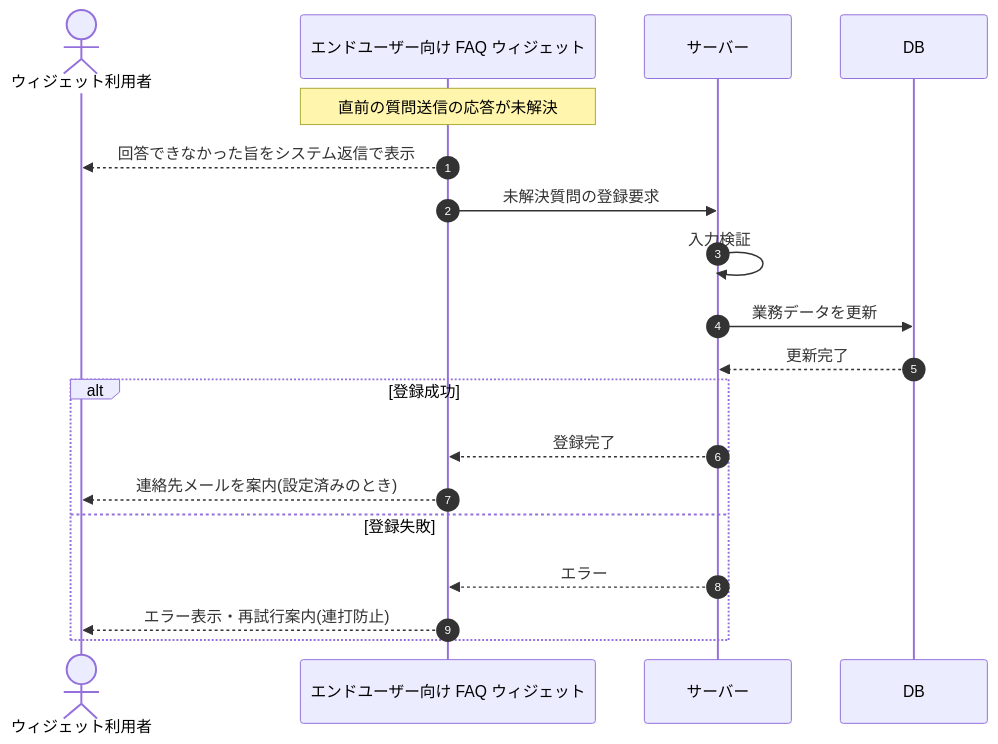
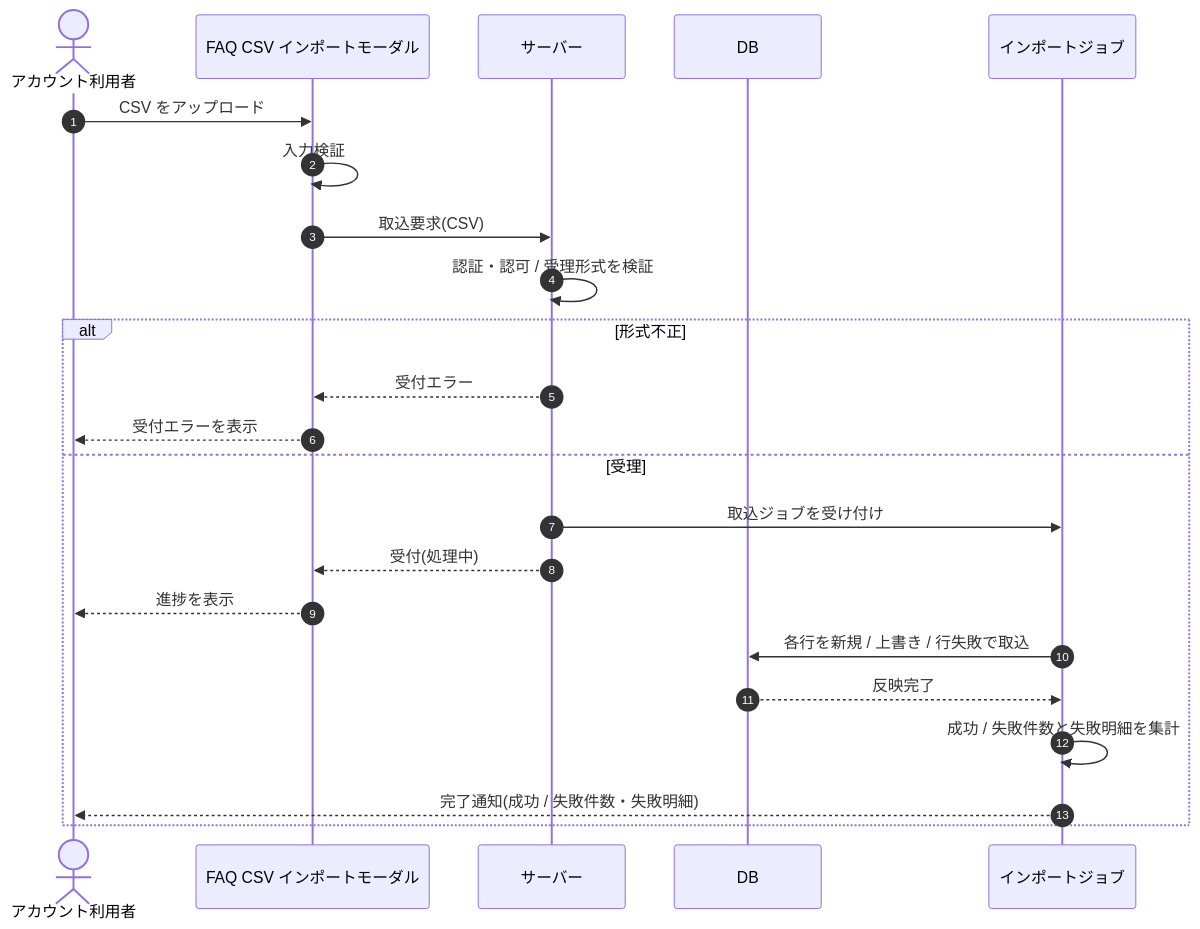
The diagram in 02_basic_design/03_sequences/SEQ-087.md (sikakou54/open-faq), drawn with Mermaid before and after one commit. The commit also changed other lines of this file and 99 other files, not shown here.

````diff
--- a/02_basic_design/03_sequences/SEQ-087.md
+++ b/02_basic_design/03_sequences/SEQ-087.md
@@ -25,21 +25,25 @@
 ```mermaid
 sequenceDiagram
   autonumber
-  actor U as ウィジェット利用者
-  participant Screen as エンドユーザー向け FAQ ウィジェット
+  actor U as アカウント利用者
+  participant Screen as FAQ CSV インポートモーダル
   participant Server as サーバー
   participant DB as DB
-  Note over Screen: 直前の質問送信の応答が未解決
-  Screen-->>U: 回答できなかった旨をシステム返信で表示
-  Screen->>Server: 未解決質問の登録要求
-  Server->>Server: 入力検証
-  Server->>DB: 業務データを更新
-  DB-->>Server: 更新完了
-  alt 登録成功
-    Server-->>Screen: 登録完了
-    Screen-->>U: 連絡先メールを案内(設定済みのとき)
-  else 登録失敗
-    Server-->>Screen: エラー
-    Screen-->>U: エラー表示・再試行案内(連打防止)
+  participant J as インポートジョブ
+  U->>Screen: CSV をアップロード
+  Screen->>Screen: 入力検証
+  Screen->>Server: 取込要求(CSV)
+  Server->>Server: 認証・認可 / 受理形式を検証
+  alt 形式不正
+    Server-->>Screen: 受付エラー
+    Screen-->>U: 受付エラーを表示
+  else 受理
+    Server->>J: 取込ジョブを受け付け
+    Server-->>Screen: 受付(処理中)
+    Screen-->>U: 進捗を表示
+    J->>DB: 各行を新規 / 上書き / 行失敗で取込
+    DB-->>J: 反映完了
+    J->>J: 成功 / 失敗件数と失敗明細を集計
+    J-->>U: 完了通知(成功 / 失敗件数・失敗明細)
   end
 ```
````
